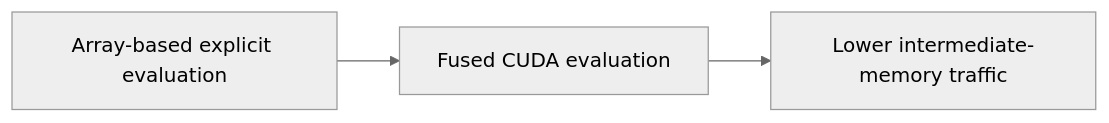
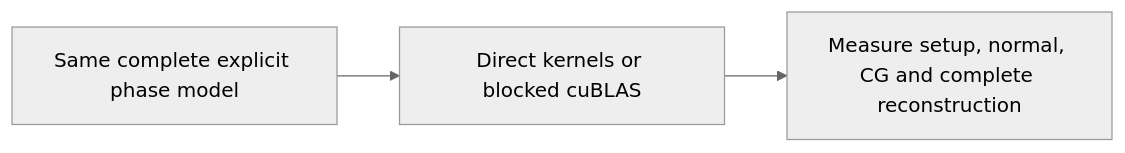
One commit to BennyZhang-Codes/HighOrderMRI.jl changed the first of 2 diagrams in docs/src/guide/performance.md. Above: the diagram before and after it, drawn with Mermaid (neutral theme). The commit also changed other lines of this file and 15 other files, not shown here.

````diff
--- a/docs/src/guide/performance.md
+++ b/docs/src/guide/performance.md
@@ -11,4 +11,5 @@
 ```mermaid
 flowchart LR
-    A["Array-based explicit evaluation"] --> B["Fused CUDA evaluation"] --> C["Lower intermediate-memory traffic"]
+    A["Same complete explicit phase model"] --> B["Direct kernels or blocked cuBLAS"]
+    B --> C["Measure setup, normal, CG and complete reconstruction"]
 ```
````
